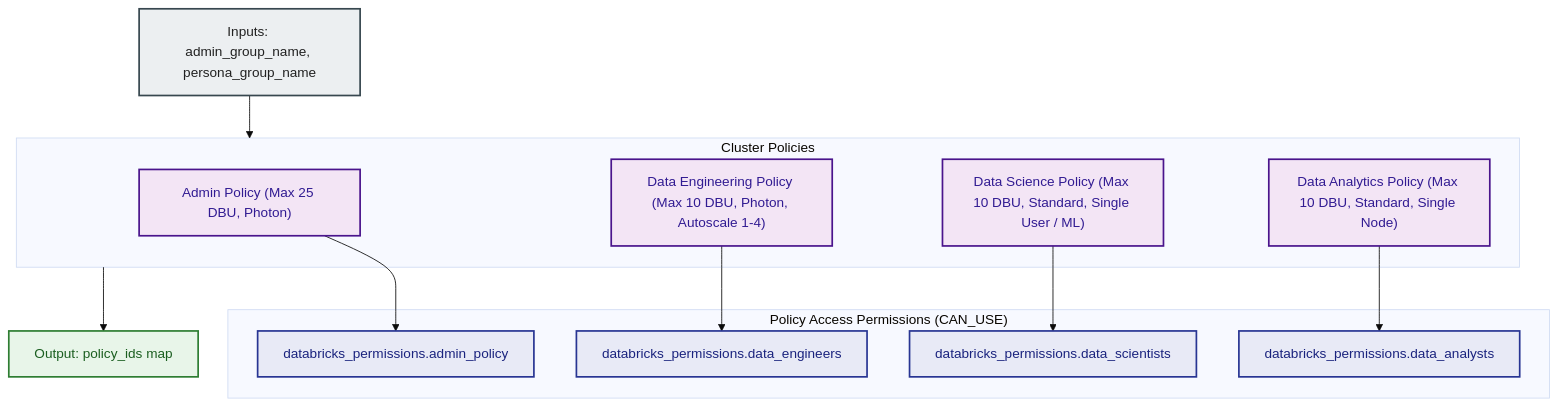
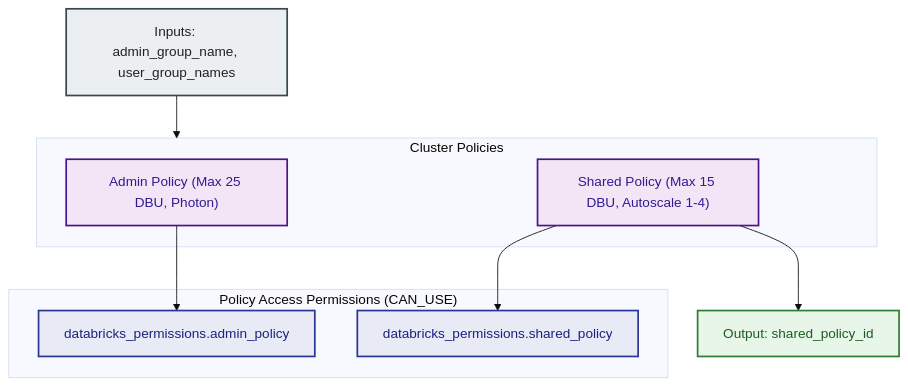
Before and after one commit to MikolajSedek/databricks_aws_deployment_03_workspaces_and_compute: the diagram in modules/05.compute/001.compute_policies/README.md, drawn with Mermaid (base theme). The commit also changed other lines of this file and 40 other files, not shown here.

````diff
--- a/modules/05.compute/001.compute_policies/README.md
+++ b/modules/05.compute/001.compute_policies/README.md
@@ -64,33 +55,27 @@
 ```mermaid
 flowchart TD
     classDef input fill:#ECEFF1,stroke:#37474F,stroke-width:2px,color:#212121;
     classDef policy fill:#F3E5F5,stroke:#4A148C,stroke-width:2px,color:#311B92;
     classDef acl fill:#E8EAF6,stroke:#283593,stroke-width:2px,color:#1A237E;
     classDef out fill:#E8F5E9,stroke:#2E7D32,stroke-width:2px,color:#1B5E20;
 
-    Inputs["Inputs: admin_group_name, persona_group_name"]:::input
+    Inputs["Inputs: admin_group_name, user_group_names"]:::input
 
     subgraph Policies ["Cluster Policies"]
         AdminPol["Admin Policy (Max 25 DBU, Photon)"]:::policy
-        DEPol["Data Engineering Policy (Max 10 DBU, Photon, Autoscale 1-4)"]:::policy
-        DSPol["Data Science Policy (Max 10 DBU, Standard, Single User / ML)"]:::policy
-        DAPol["Data Analytics Policy (Max 10 DBU, Standard, Single Node)"]:::policy
+        SharedPol["Shared Policy (Max 15 DBU, Autoscale 1-4)"]:::policy
     end
 
     subgraph ACLs ["Policy Access Permissions (CAN_USE)"]
         AdminACL["databricks_permissions.admin_policy"]:::acl
-        DEACL["databricks_permissions.data_engineers"]:::acl
-        DSACL["databricks_permissions.data_scientists"]:::acl
-        DAACL["databricks_permissions.data_analysts"]:::acl
+        SharedACL["databricks_permissions.shared_policy"]:::acl
 
         AdminPol --> AdminACL
-        DEPol --> DEACL
-        DSPol --> DSACL
-        DAPol --> DAACL
+        SharedPol --> SharedACL
     end
 
-    OutMap["Output: policy_ids map"]:::out
+    OutID["Output: shared_policy_id"]:::out
 
     Inputs --> Policies
-    Policies --> OutMap
+    SharedPol --> OutID
 ```
````
